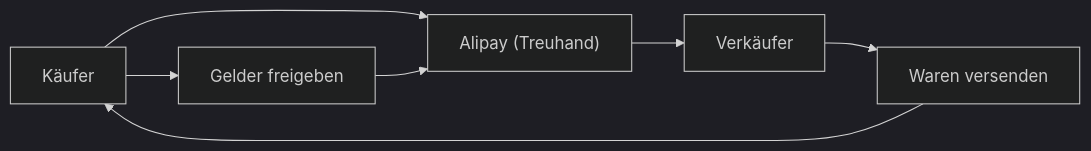
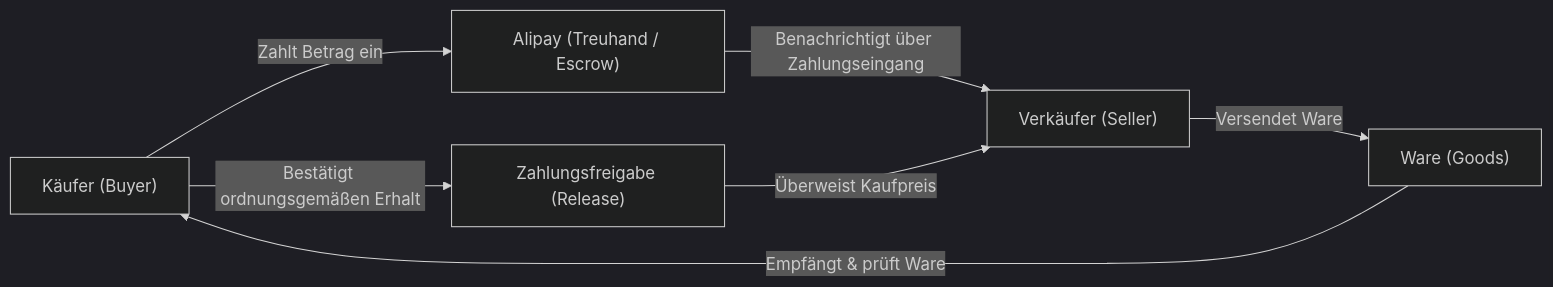
The diagram in content/post/history-of-alibaba/index.de.md (kenjinote/blog), drawn with Mermaid (dark theme) before and after one commit. The commit also changed other lines of this file and 219 other files, not shown here.

````diff
--- a/content/post/history-of-alibaba/index.de.md
+++ b/content/post/history-of-alibaba/index.de.md
@@ -24,9 +46,9 @@
 ```mermaid
 flowchart LR
-    Buyer["Käufer"] --> Alipay["Alipay (Treuhand)"]
-    Alipay --> Seller["Verkäufer"]
-    Seller --> Goods["Waren versenden"]
-    Goods --> Buyer
-    Buyer --> Release["Gelder freigeben"]
-    Release --> Alipay
+    Buyer["Käufer (Buyer)"] -->|Zahlt Betrag ein| Alipay["Alipay (Treuhand / Escrow)"]
+    Alipay -->|Benachrichtigt über Zahlungseingang| Seller["Verkäufer (Seller)"]
+    Seller -->|Versendet Ware| Goods["Ware (Goods)"]
+    Goods -->|Empfängt & prüft Ware| Buyer
+    Buyer -->|Bestätigt ordnungsgemäßen Erhalt| Release["Zahlungsfreigabe (Release)"]
+    Release -->|Überweist Kaufpreis| Seller
 ```
````
